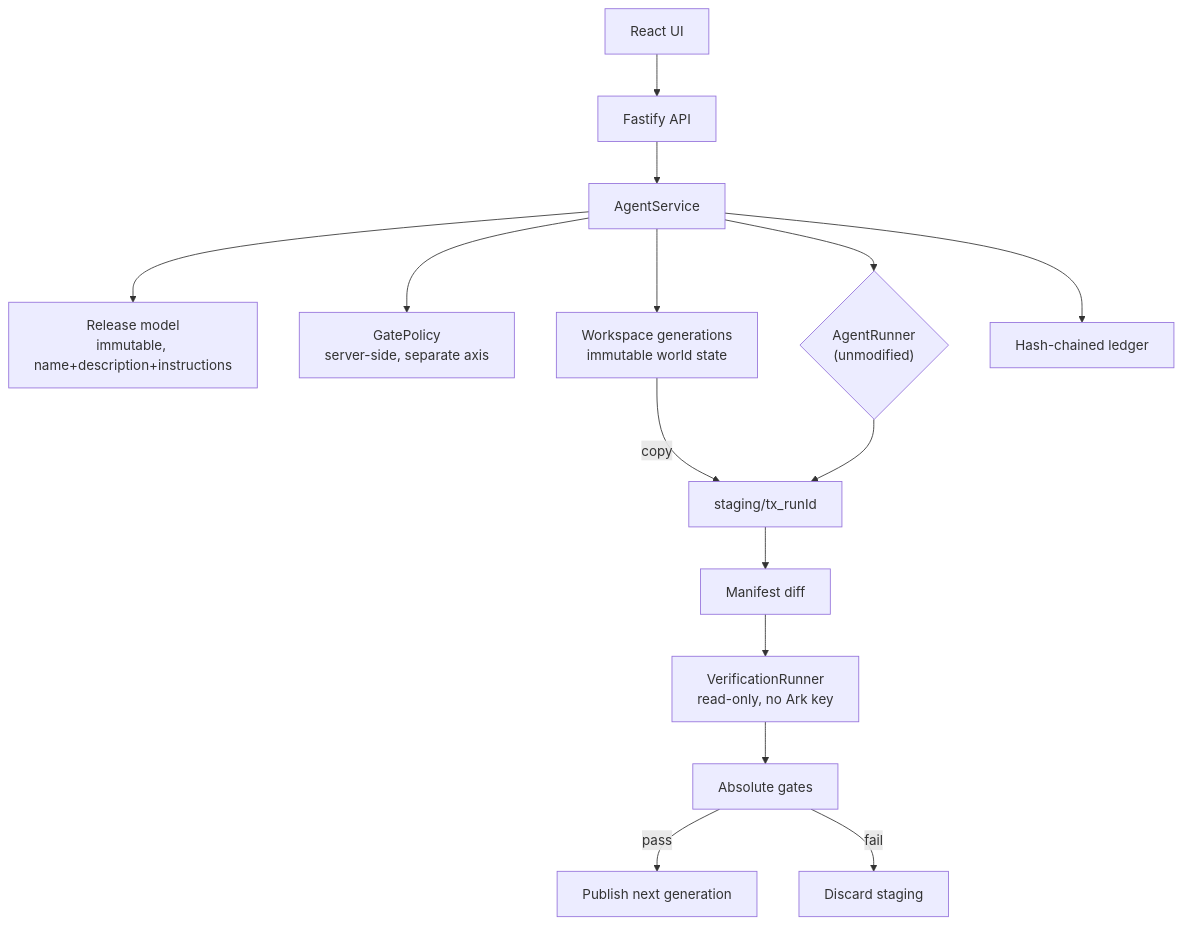
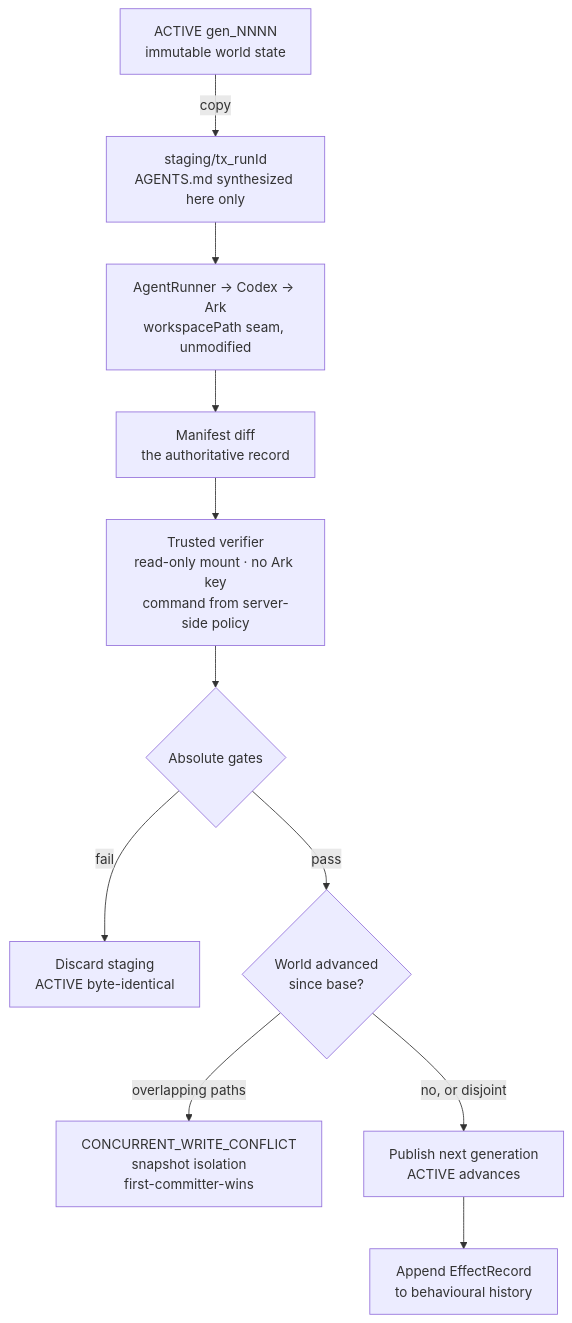
The first of 2 diagrams in docs/ARCHITECTURE.md (AarneshKhaitan/stateguard-tiktok-techjam-2026), drawn with Mermaid before and after one commit. The commit also changed other lines of this file and 8 other files, not shown here.

First line of the commit message:
Add rendered architecture diagrams and repair the mermaid sources

````diff
--- a/docs/ARCHITECTURE.md
+++ b/docs/ARCHITECTURE.md
@@ -18,17 +20,14 @@
 ```mermaid
 flowchart TB
-    UI["React UI"] --> API["Fastify API"]
-    API --> Service["AgentService"]
-    Service --> Releases["Release model<br/>immutable, name+description+instructions"]
-    Service --> Policy["GatePolicy<br/>server-side, separate axis"]
-    Service --> Gen["Workspace generations<br/>immutable world state"]
-    Gen -->|copy| Staging["staging/tx_runId"]
-    Service --> Runner{"AgentRunner<br/>(unmodified)"}
-    Runner --> Staging
-    Staging --> Diff["Manifest diff"]
-    Diff --> Verifier["VerificationRunner<br/>read-only, no Ark key"]
-    Verifier --> Gates["Absolute gates"]
-    Gates -->|pass| Publish["Publish next generation"]
-    Gates -->|fail| Discard["Discard staging"]
-    Service --> Ledger["Hash-chained ledger"]
+    Gen["ACTIVE gen_NNNN<br/>immutable world state"]
+    Gen -->|copy| Staging["staging/tx_runId<br/>AGENTS.md synthesized here only"]
+    Staging --> Codex["AgentRunner → Codex → Ark<br/>workspacePath seam, unmodified"]
+    Codex --> Diff["Manifest diff<br/>the authoritative record"]
+    Diff --> Verifier["Trusted verifier<br/>read-only mount · no Ark key<br/>command from server-side policy"]
+    Verifier --> Gates{"Absolute gates"}
+    Gates -->|fail| Discard["Discard staging<br/>ACTIVE byte-identical"]
+    Gates -->|pass| Iso{"World advanced<br/>since base?"}
+    Iso -->|"overlapping paths"| Conflict["CONCURRENT_WRITE_CONFLICT<br/>snapshot isolation<br/>first-committer-wins"]
+    Iso -->|"no, or disjoint"| Publish["Publish next generation<br/>ACTIVE advances"]
+    Publish --> Hist["Append EffectRecord<br/>to behavioural history"]
 ```
````
